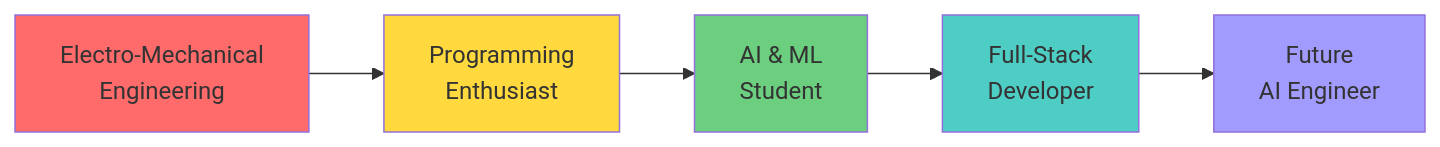
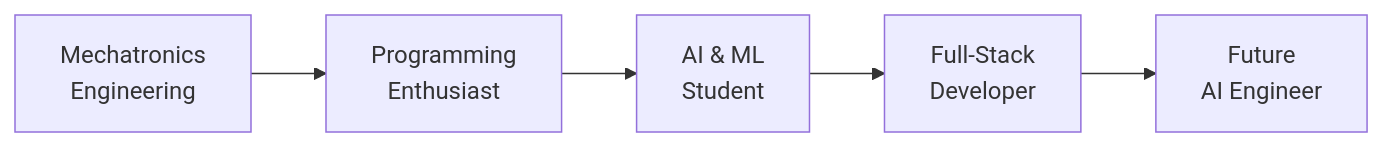
Before and after one commit to ajay12942/ajay12942: the diagram in README.md, drawn with Mermaid. The commit also changed other lines of this file, not shown here.

````diff
--- a/README.md
+++ b/README.md
@@ -128,13 +128,8 @@
 ```mermaid
 graph LR
-    A[Electro-Mechanical<br/>Engineering] --> B[Programming<br/>Enthusiast]
+    A[Mechatronics<br/>Engineering] --> B[Programming<br/>Enthusiast]
     B --> C[AI & ML<br/>Student]
     C --> D[Full-Stack<br/>Developer]
     D --> E[Future<br/>AI Engineer]
     
-    style A fill:#ff6b6b
-    style B fill:#ffd93d
-    style C fill:#6bcf7f
-    style D fill:#4ecdc4
-    style E fill:#a29bfe
 ```
````
